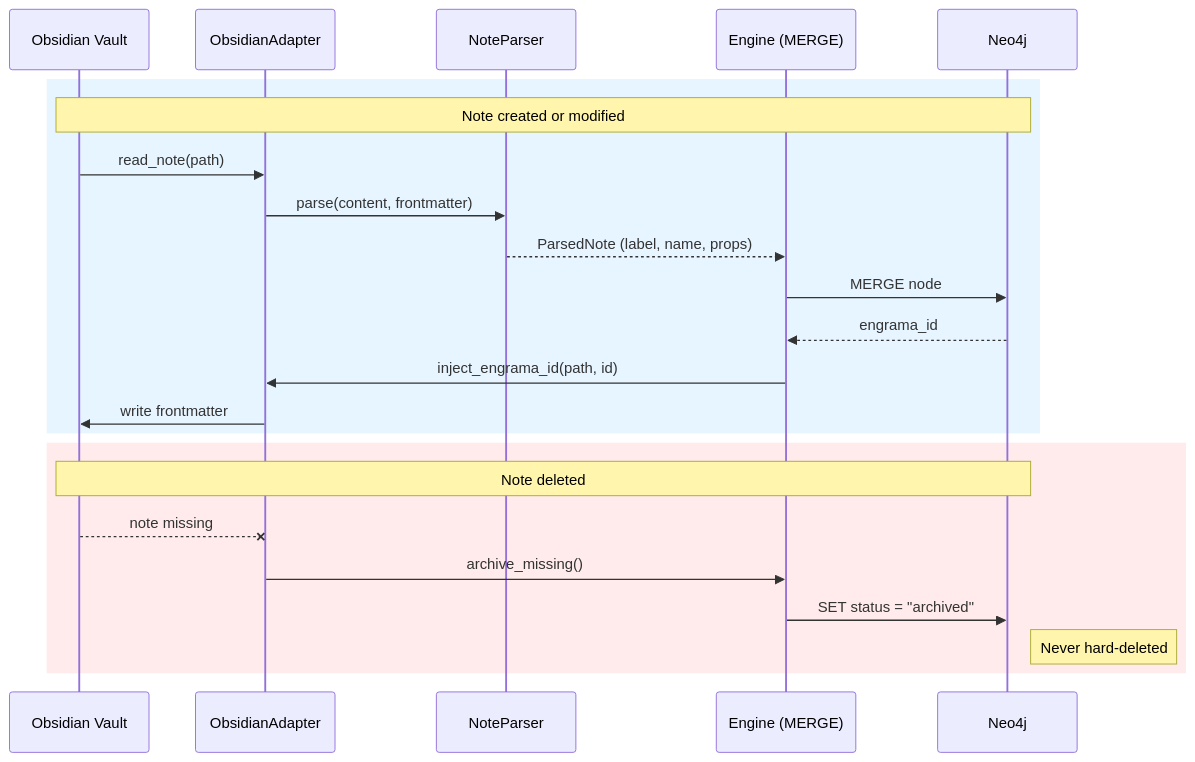
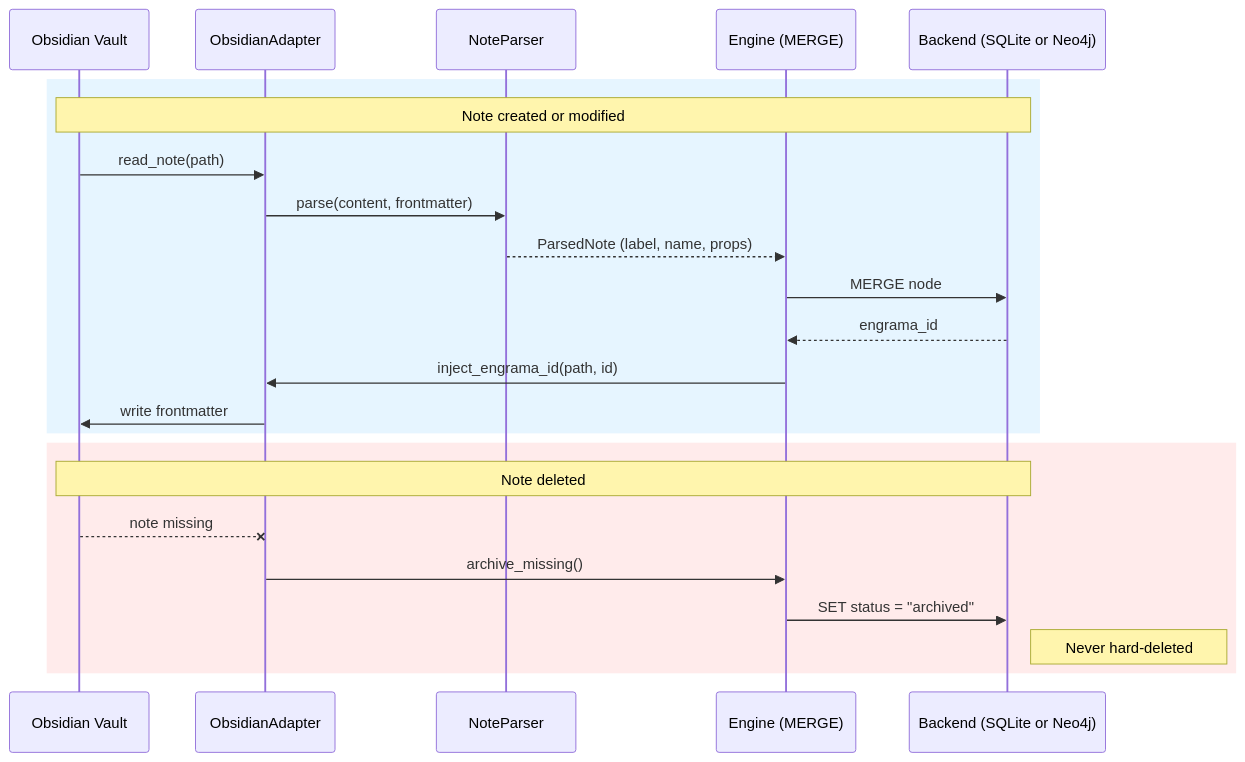
The fourth of 4 diagrams in ARCHITECTURE.md (scops/engrama), drawn with Mermaid before and after one commit. The commit also changed other lines of this file and 14 other files, not shown here.

````diff
--- a/ARCHITECTURE.md
+++ b/ARCHITECTURE.md
@@ -296,27 +449,27 @@
 ```mermaid
 sequenceDiagram
   participant V as Obsidian Vault
   participant A as ObsidianAdapter
   participant P as NoteParser
   participant E as Engine (MERGE)
-  participant N as Neo4j
+  participant N as Backend (SQLite or Neo4j)
 
   rect rgb(230, 245, 255)
     Note over V,N: Note created or modified
     V->>A: read_note(path)
     A->>P: parse(content, frontmatter)
     P-->>E: ParsedNote (label, name, props)
     E->>N: MERGE node
     N-->>E: engrama_id
     E->>A: inject_engrama_id(path, id)
     A->>V: write frontmatter
   end
 
   rect rgb(255, 235, 235)
     Note over V,N: Note deleted
     V--xA: note missing
     A->>E: archive_missing()
     E->>N: SET status = "archived"
     Note right of N: Never hard-deleted
   end
 ```
````
